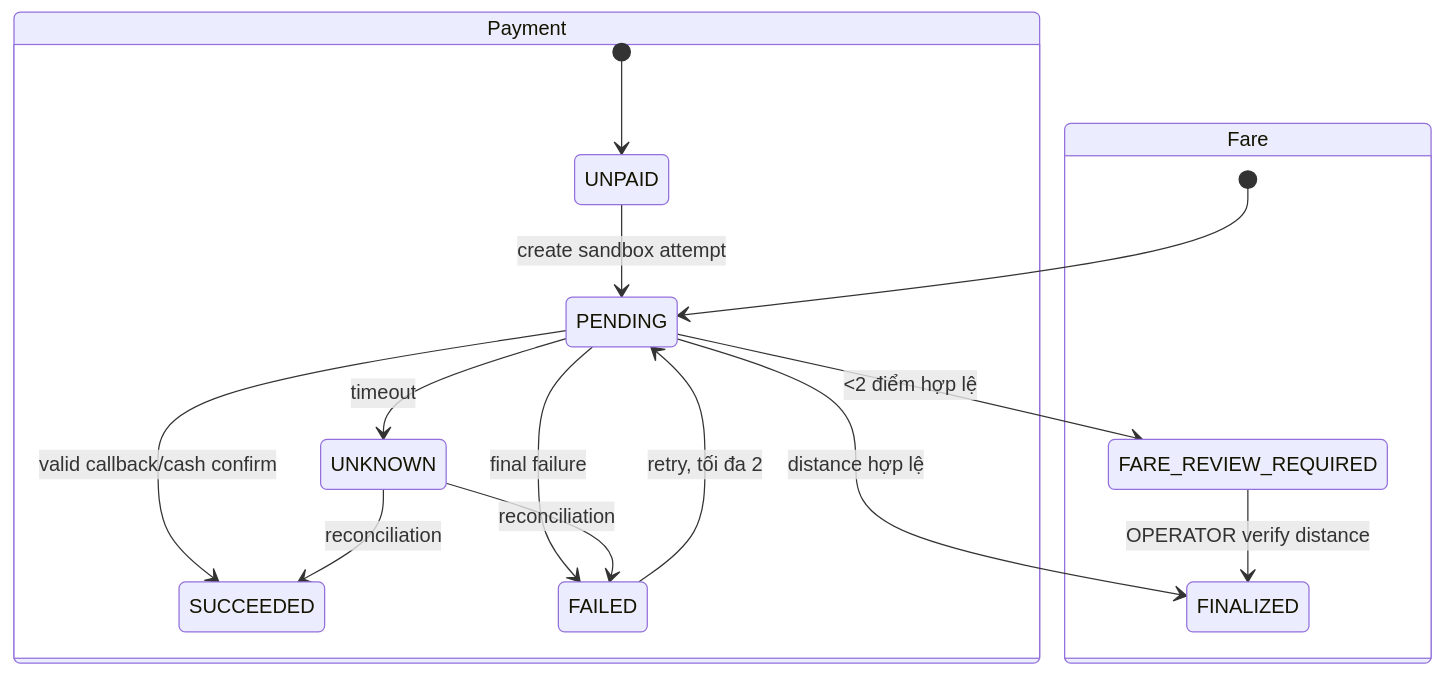
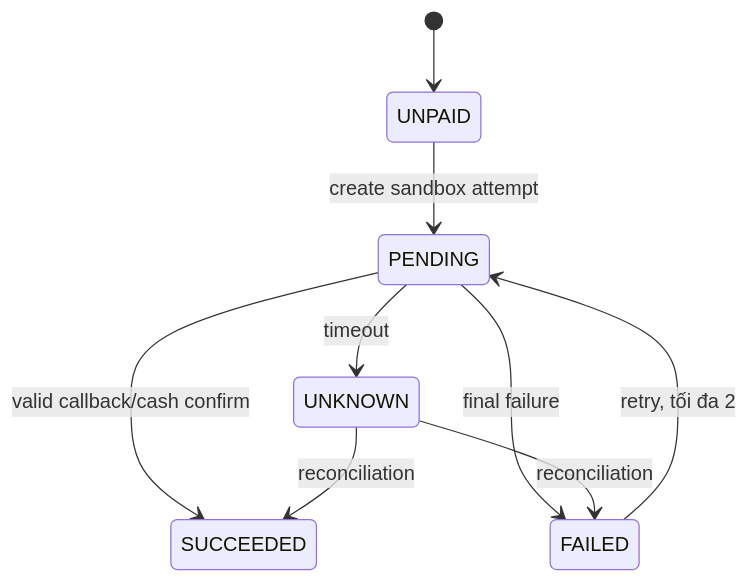
Before and after one commit to HHT777/23659411_HuynhHuuTuan_CABsystem: the ninth of 14 diagrams in microservice.md, drawn with Mermaid. The commit also changed other lines of this file and 1 other file, not shown here.

````diff
--- a/microservice.md
+++ b/microservice.md
@@ -991,19 +1001,11 @@
 ```mermaid
 stateDiagram-v2
-  state Fare {
-    [*] --> PENDING
-    PENDING --> FINALIZED: distance hợp lệ
-    PENDING --> FARE_REVIEW_REQUIRED: <2 điểm hợp lệ
-    FARE_REVIEW_REQUIRED --> FINALIZED: OPERATOR verify distance
-  }
-  state Payment {
-    [*] --> UNPAID
-    UNPAID --> PENDING: create sandbox attempt
-    PENDING --> SUCCEEDED: valid callback/cash confirm
-    PENDING --> FAILED: final failure
-    PENDING --> UNKNOWN: timeout
-    FAILED --> PENDING: retry, tối đa 2
-    UNKNOWN --> SUCCEEDED: reconciliation
-    UNKNOWN --> FAILED: reconciliation
-  }
+  [*] --> UNPAID
+  UNPAID --> PENDING: create sandbox attempt
+  PENDING --> SUCCEEDED: valid callback/cash confirm
+  PENDING --> FAILED: final failure
+  PENDING --> UNKNOWN: timeout
+  FAILED --> PENDING: retry, tối đa 2
+  UNKNOWN --> SUCCEEDED: reconciliation
+  UNKNOWN --> FAILED: reconciliation
 ```
````
